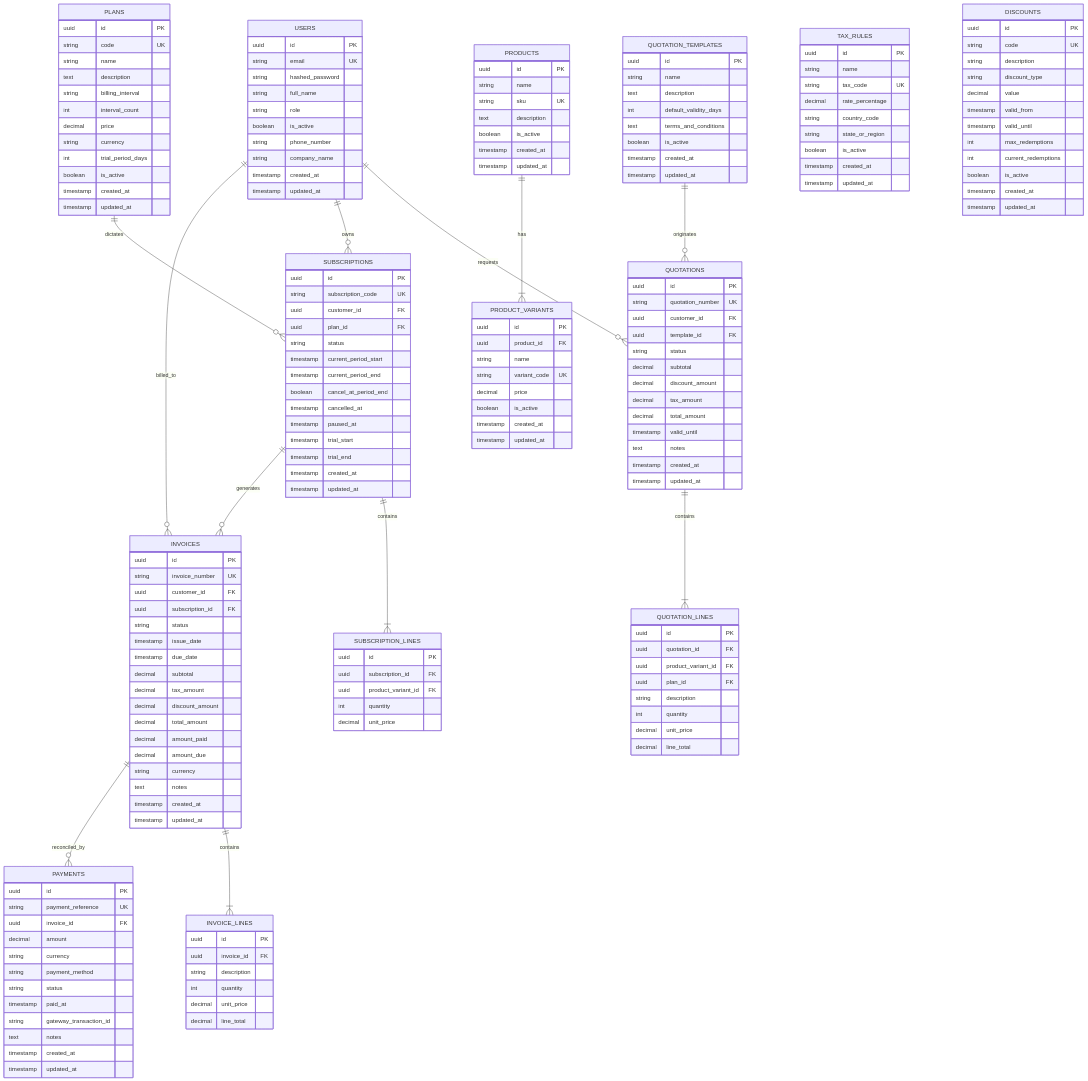
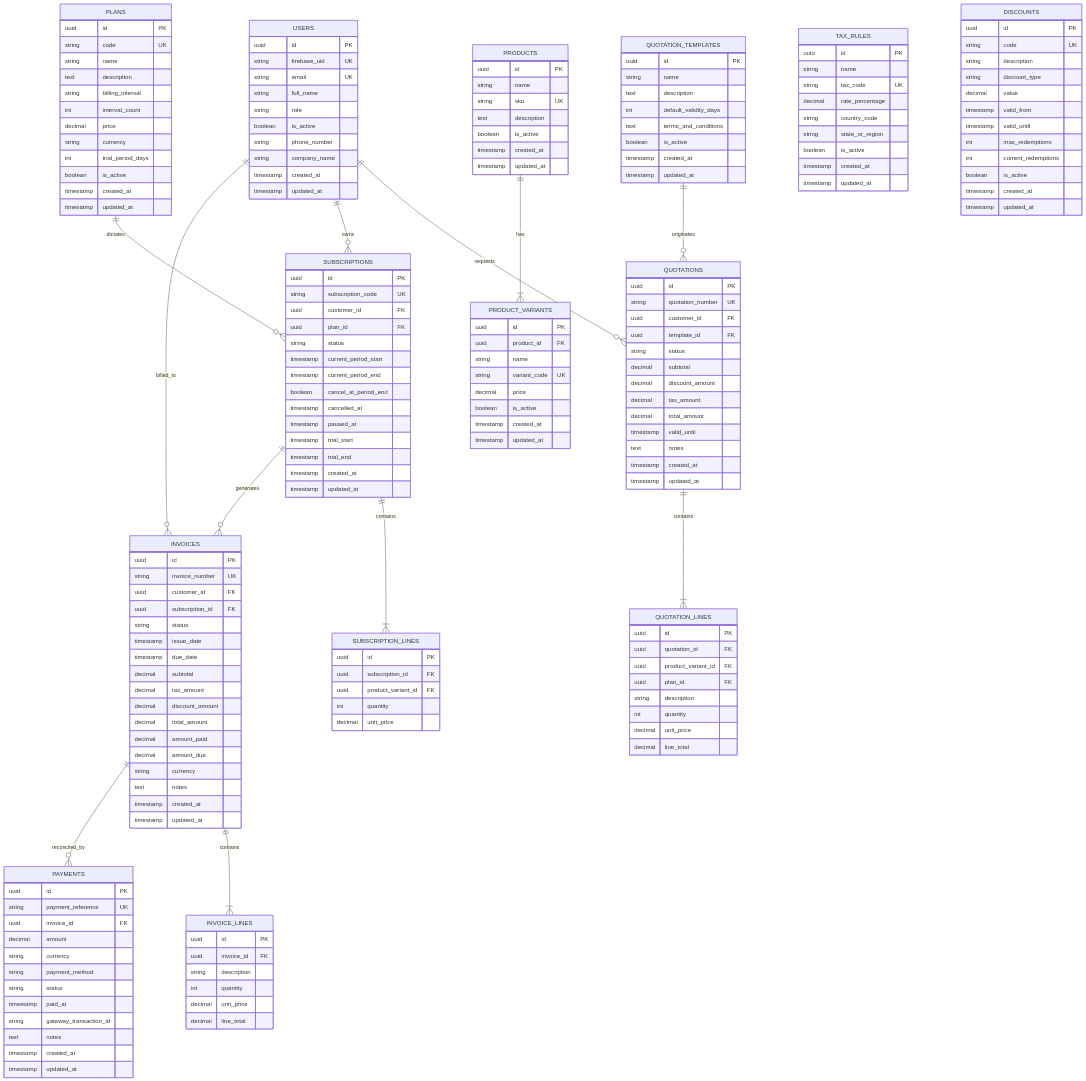
Before and after one commit to midhunsiby7/chipmunks: the diagram in PROJECT_CONTEXT.md, drawn with Mermaid. The commit also changed other lines of this file and 24 other files, not shown here.

```diff
--- a/PROJECT_CONTEXT.md
+++ b/PROJECT_CONTEXT.md
@@ -247,8 +258,8 @@
 
     USERS {
         uuid id PK
+        string firebase_uid UK
         string email UK
-        string hashed_password
         string full_name
         string role
         boolean is_active
```
